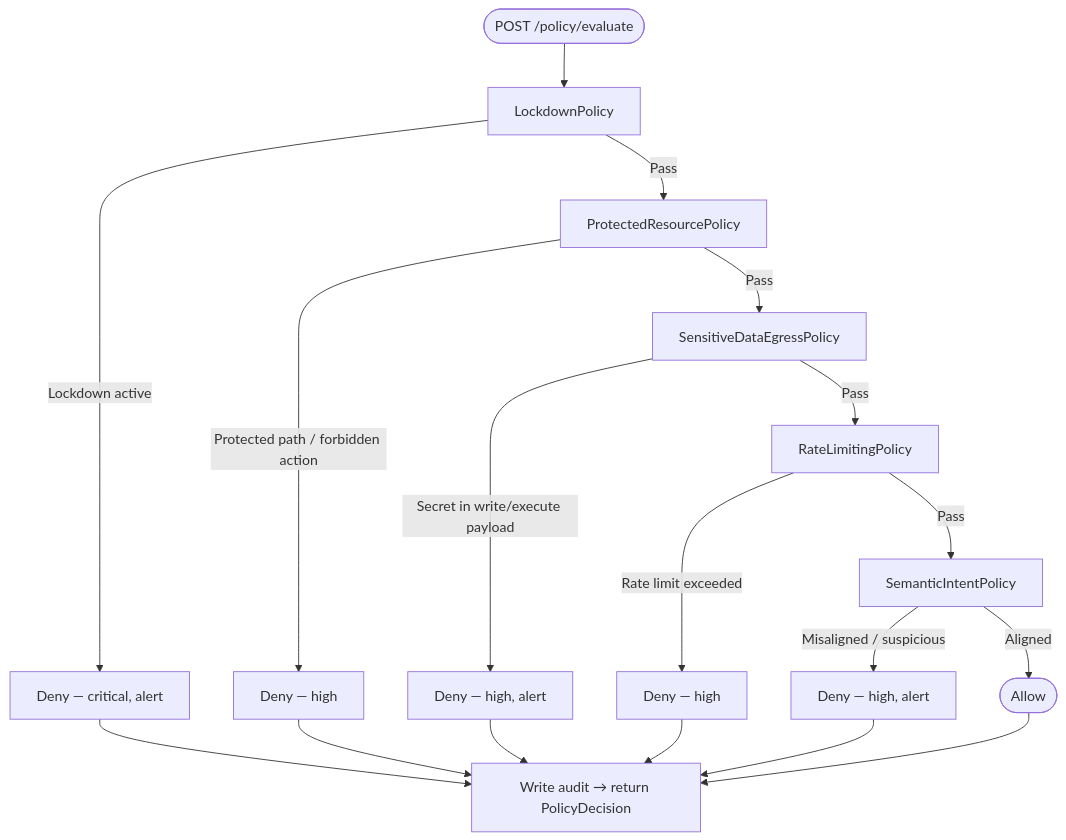
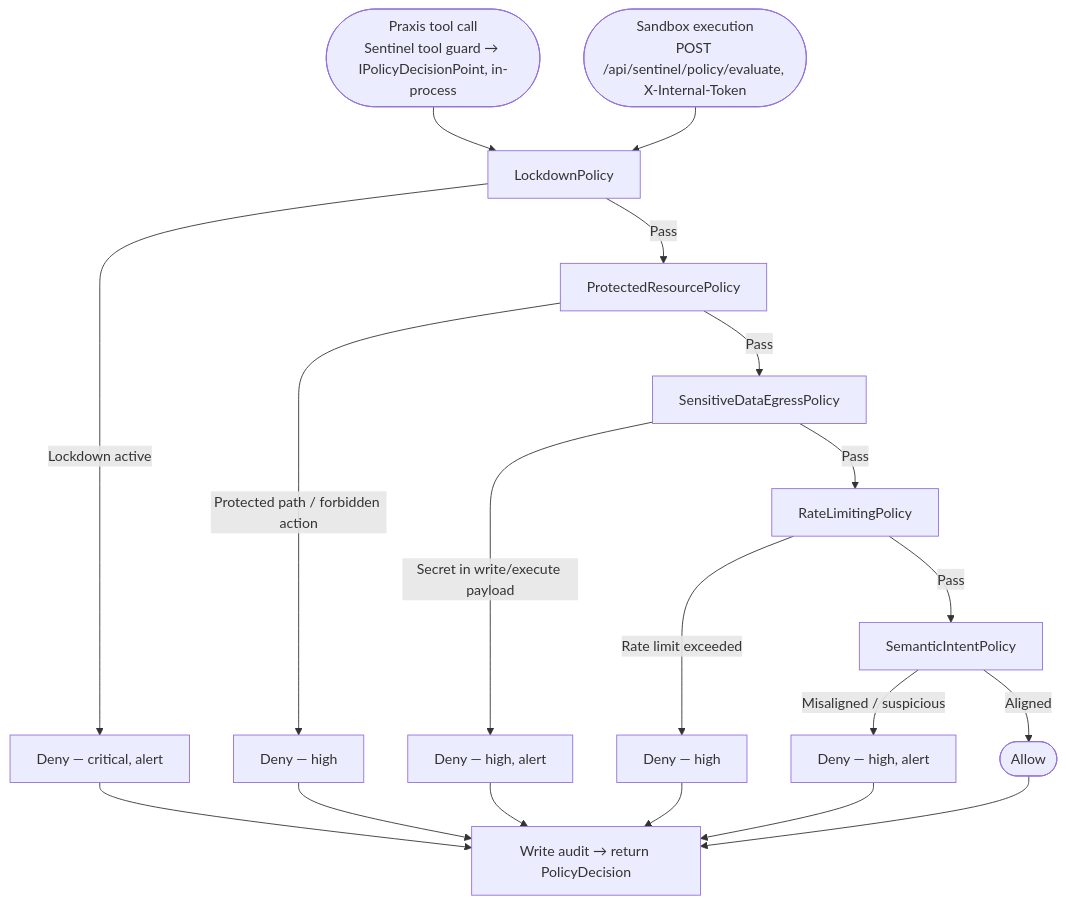
One commit to mihailshterev/sentium changed the diagram in docs/diagrams/sentinel-1-policy-evaluation-pipeline.md. Above: the diagram before and after it, drawn with Mermaid. The commit also changed 99 other files, not shown here.

````diff
--- a/docs/diagrams/sentinel-1-policy-evaluation-pipeline.md
+++ b/docs/diagrams/sentinel-1-policy-evaluation-pipeline.md
@@ -1,16 +1,18 @@
 ```mermaid
 flowchart TD
-    REQ([POST /policy/evaluate]) --> LD[LockdownPolicy]
+    IN1([Praxis tool call<br/>Sentinel tool guard → IPolicyDecisionPoint, in-process]) --> LD
+    IN2([Sandbox execution<br/>POST /api/sentinel/policy/evaluate, X-Internal-Token]) --> LD
+    LD[LockdownPolicy]
     LD -->|Lockdown active| D1[Deny — critical, alert]
     LD -->|Pass| PR[ProtectedResourcePolicy]
     PR -->|Protected path / forbidden action| D2[Deny — high]
     PR -->|Pass| SE[SensitiveDataEgressPolicy]
     SE -->|Secret in write/execute payload| D3[Deny — high, alert]
     SE -->|Pass| RL[RateLimitingPolicy]
     RL -->|Rate limit exceeded| D4[Deny — high]
     RL -->|Pass| SI[SemanticIntentPolicy]
     SI -->|Misaligned / suspicious| D5[Deny — high, alert]
     SI -->|Aligned| ALLOW([Allow])
     D1 & D2 & D3 & D4 & D5 --> AUDIT[Write audit → return PolicyDecision]
     ALLOW --> AUDIT
 ```
````
